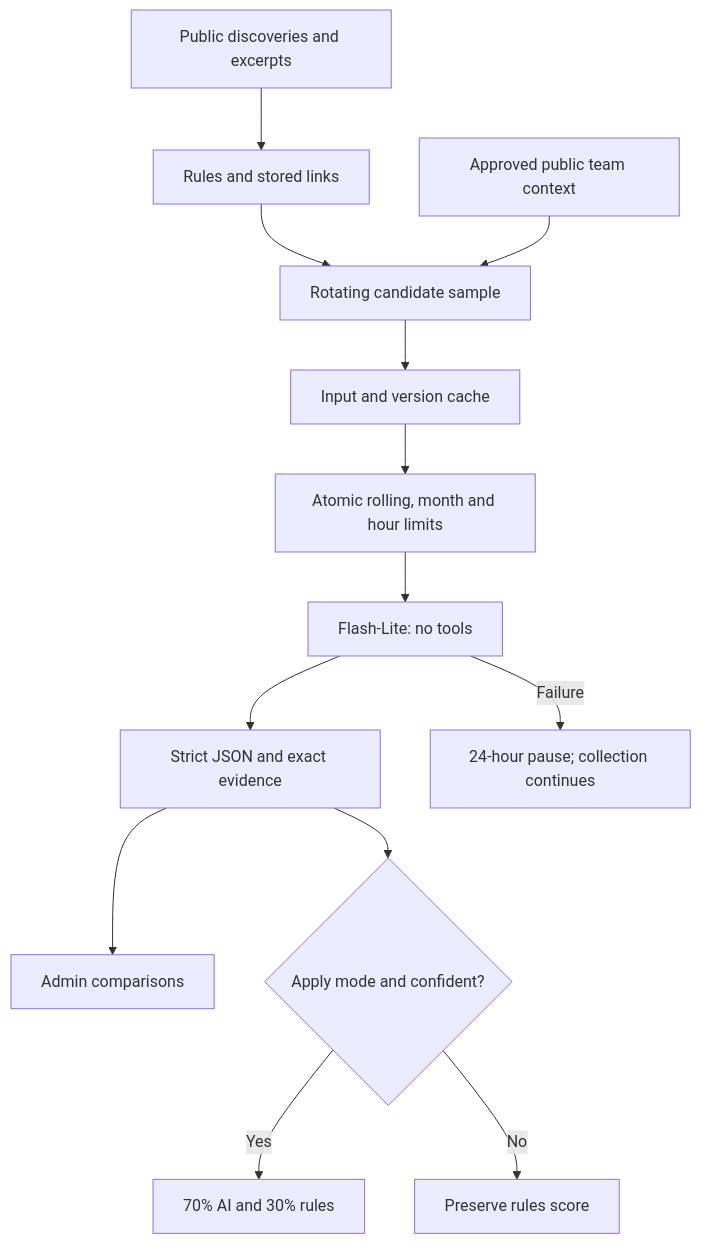
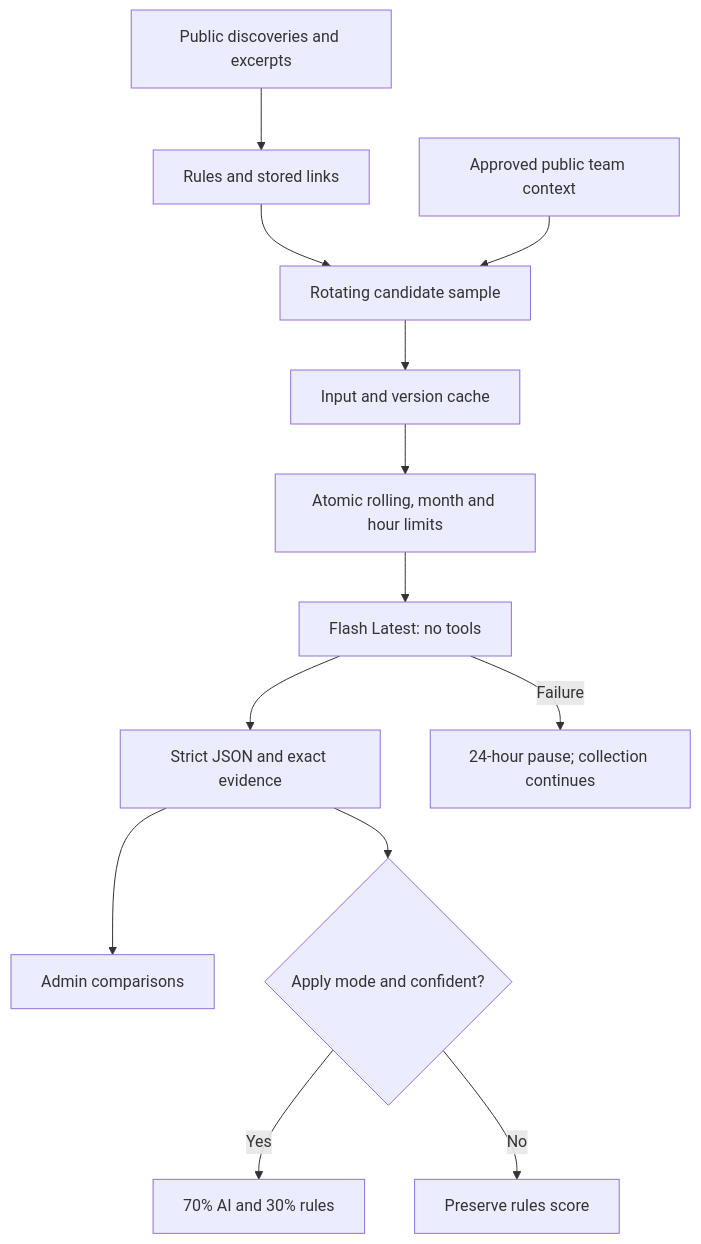
The diagram in docs/GEMINI_EVALUATION.md (Idoheled/StackSignal), drawn with Mermaid before and after one commit. The commit also changed other lines of this file and 13 other files, not shown here.

````diff
--- a/docs/GEMINI_EVALUATION.md
+++ b/docs/GEMINI_EVALUATION.md
@@ -60,15 +64,15 @@
 ```mermaid
 flowchart TD
   Public["Public discoveries and excerpts"] --> Rules["Rules and stored links"]
   Rules --> Sample["Rotating candidate sample"]
   Profile["Approved public team context"] --> Sample
   Sample --> Cache["Input and version cache"]
   Cache --> Reserve["Atomic rolling, month and hour limits"]
-  Reserve --> Gemini["Flash-Lite: no tools"]
+  Reserve --> Gemini["Flash Latest: no tools"]
   Gemini --> Validate["Strict JSON and exact evidence"]
   Validate --> Compare["Admin comparisons"]
   Validate --> Mode{"Apply mode and confident?"}
   Mode -->|Yes| Blend["70% AI and 30% rules"]
   Mode -->|No| Keep["Preserve rules score"]
   Gemini -->|Failure| Pause["24-hour pause; collection continues"]
 ```
````
